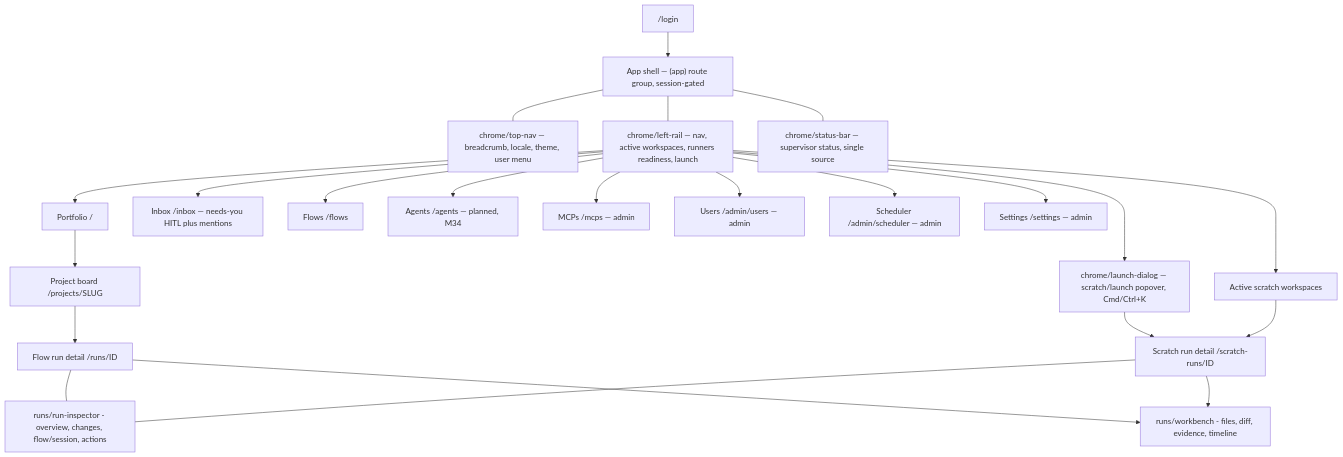
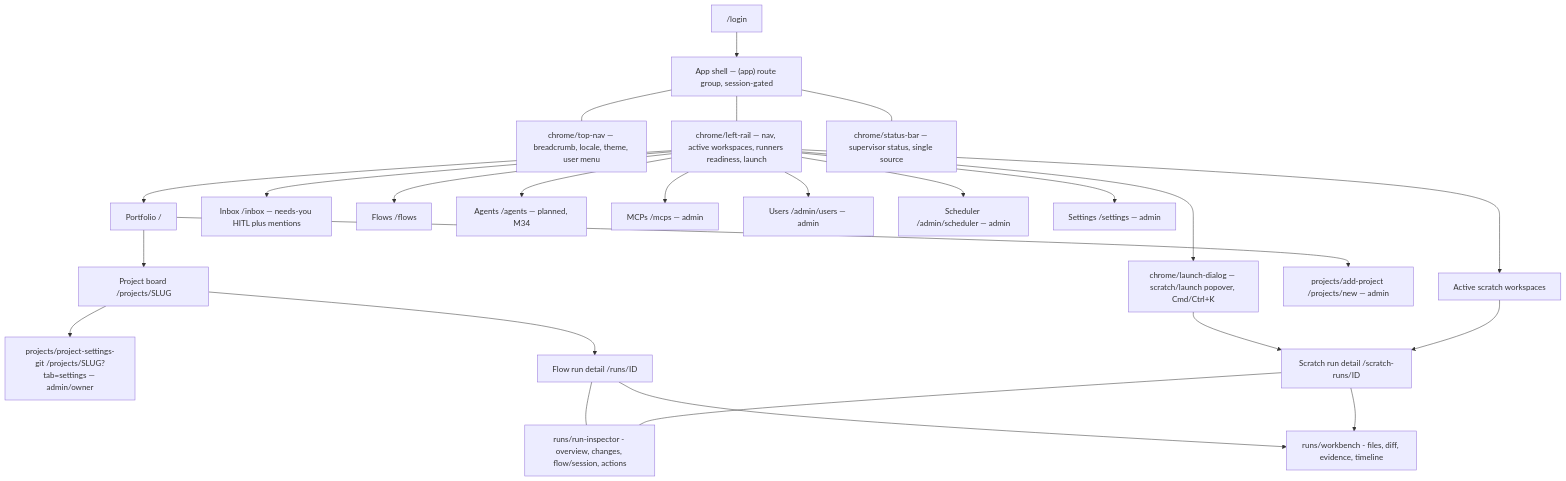
The diagram in docs/screens/README.md (maister-dev/maister), drawn with Mermaid before and after one commit. The commit also changed other lines of this file and 15 other files, not shown here.

````diff
--- a/docs/screens/README.md
+++ b/docs/screens/README.md
@@ -100,29 +103,31 @@
 ```mermaid
 flowchart TD
     Login["/login"] --> Shell["App shell — (app) route group, session-gated"]
 
     Shell --- TopNav["chrome/top-nav — breadcrumb, locale, theme, user menu"]
     Shell --- Rail["chrome/left-rail — nav, active workspaces, runners readiness, launch"]
     Shell --- Status["chrome/status-bar — supervisor status, single source"]
     Rail --> Launch["chrome/launch-dialog — scratch/launch popover, Cmd/Ctrl+K"]
 
     Rail --> Portfolio["Portfolio /"]
     Rail --> Inbox["Inbox /inbox — needs-you HITL plus mentions"]
     Rail --> Flows["Flows /flows"]
     Rail --> Agents["Agents /agents — planned, M34"]
     Rail --> Mcps["MCPs /mcps — admin"]
 
     Rail --> Users["Users /admin/users — admin"]
     Rail --> Scheduler["Scheduler /admin/scheduler — admin"]
     Rail --> Settings["Settings /settings — admin"]
 
     Portfolio --> Board["Project board /projects/SLUG"]
+    Portfolio --> AddProject["projects/add-project /projects/new — admin"]
+    Board --> SettingsGit["projects/project-settings-git /projects/SLUG?tab=settings — admin/owner"]
     Board --> FlowRun["Flow run detail /runs/ID"]
     Rail --> ScratchRows["Active scratch workspaces"]
     Launch --> ScratchRun["Scratch run detail /scratch-runs/ID"]
     ScratchRows --> ScratchRun
     FlowRun --- RunInspector["runs/run-inspector - overview, changes, flow/session, actions"]
     ScratchRun --- RunInspector
     FlowRun --> Workbench["runs/workbench - files, diff, evidence, timeline"]
     ScratchRun --> Workbench
 ```
````
